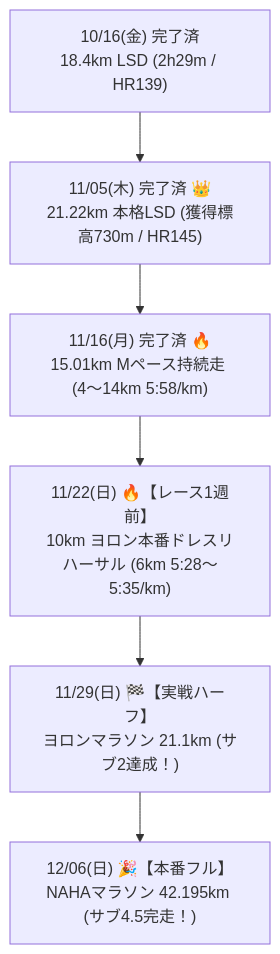
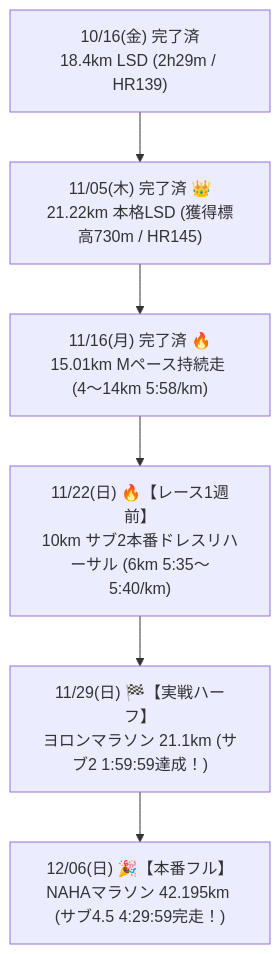
The diagram in docs/TRAINING_PLAN_2026.md (nem6ishi/running_analytics), drawn with Mermaid before and after one commit. The commit also changed other lines of this file and 10 other files, not shown here.

````diff
--- a/docs/TRAINING_PLAN_2026.md
+++ b/docs/TRAINING_PLAN_2026.md
@@ -31,8 +31,8 @@
 ```mermaid
 flowchart TD
     L1["10/16(金) 完了済<br/>18.4km LSD (2h29m / HR139)"] --> L2["11/05(木) 完了済 👑<br/>21.22km 本格LSD (獲得標高730m / HR145)"]
     L2 --> L3["11/16(月) 完了済 🔥<br/>15.01km Mペース持続走 (4〜14km 5:58/km)"]
-    L3 --> L4["11/22(日) 🔥【レース1週前】<br/>10km ヨロン本番ドレスリハーサル (6km 5:28〜5:35/km)"]
-    L4 --> L5["11/29(日) 🏁【実戦ハーフ】<br/>ヨロンマラソン 21.1km (サブ2達成！)"]
-    L5 --> L6["12/06(日) 🎉【本番フル】<br/>NAHAマラソン 42.195km (サブ4.5完走！)"]
+    L3 --> L4["11/22(日) 🔥【レース1週前】<br/>10km サブ2本番ドレスリハーサル (6km 5:35〜5:40/km)"]
+    L4 --> L5["11/29(日) 🏁【実戦ハーフ】<br/>ヨロンマラソン 21.1km (サブ2 1:59:59達成！)"]
+    L5 --> L6["12/06(日) 🎉【本番フル】<br/>NAHAマラソン 42.195km (サブ4.5 4:29:59完走！)"]
 ```
````
